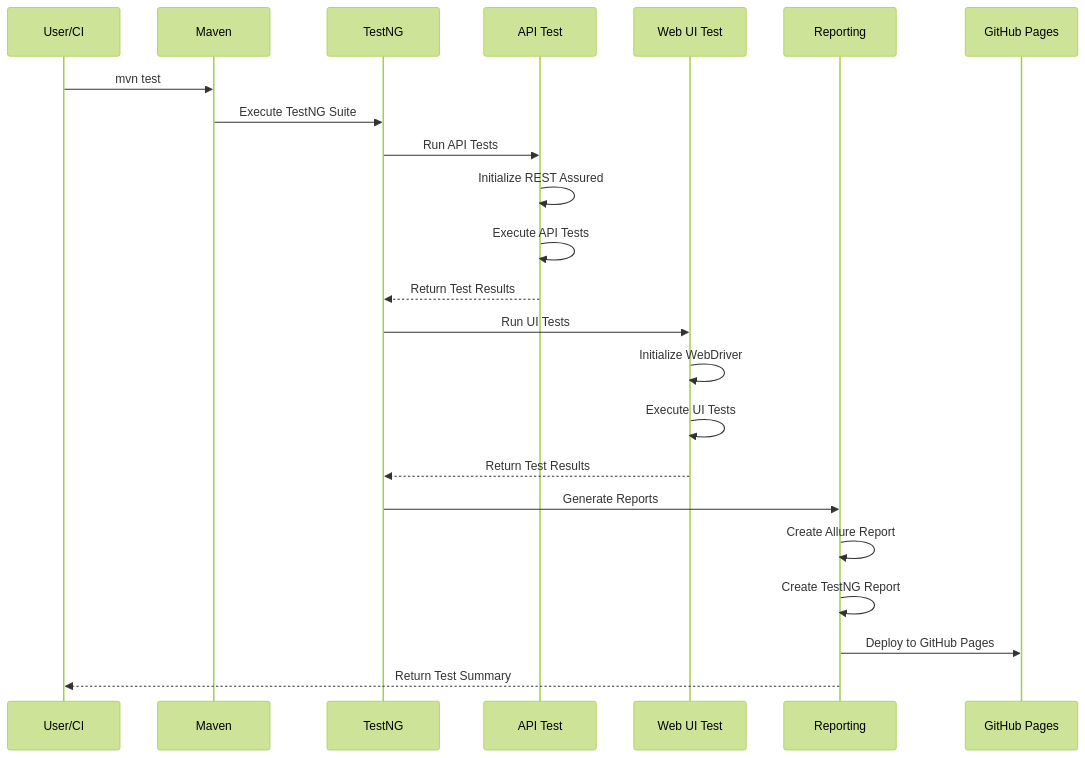
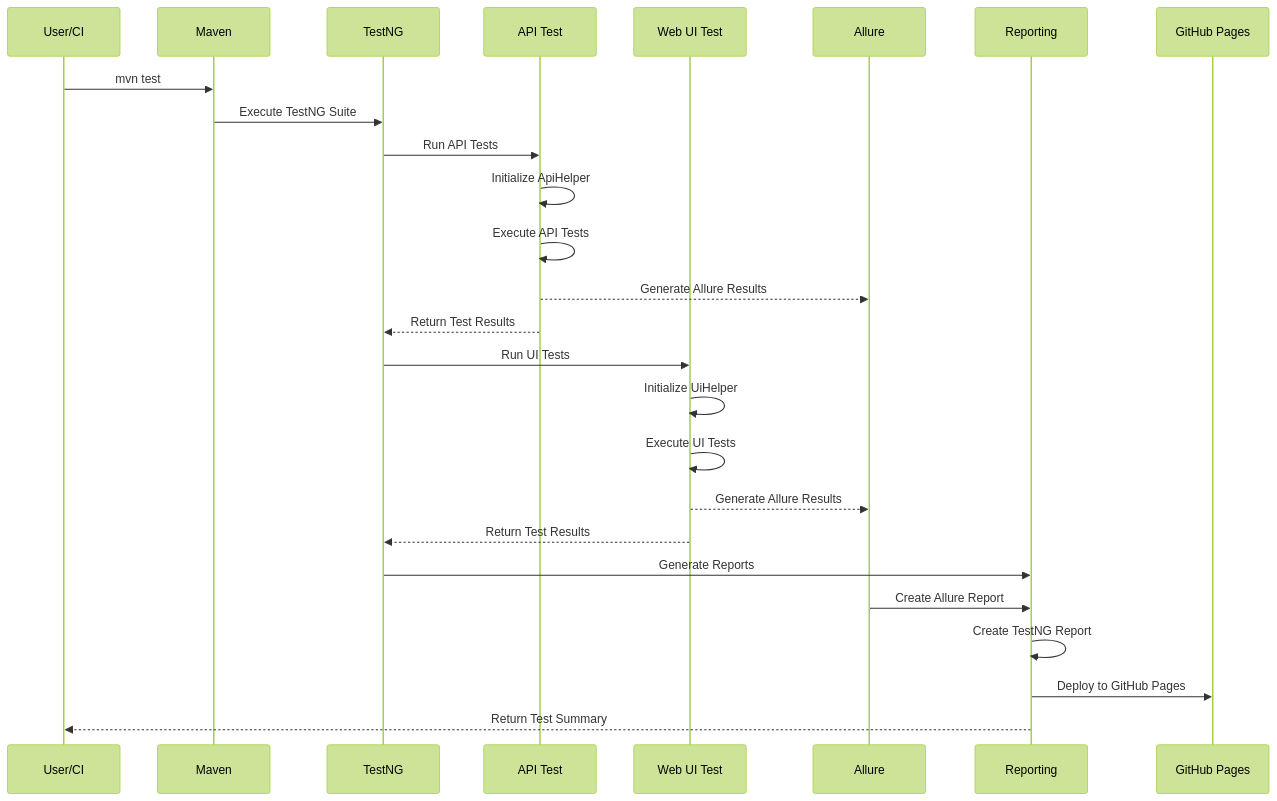
The second of 3 diagrams in README.md (azka-art/automation-testing-framework), drawn with Mermaid (forest theme) before and after one commit. The commit also changed other lines of this file and 3 other files, not shown here.

First line of the commit message:
fix: Allure report generation and documentation updates

````diff
--- a/README.md
+++ b/README.md
@@ -93,29 +98,32 @@
 ```mermaid
 sequenceDiagram
     participant U as User/CI
     participant M as Maven
     participant T as TestNG
     participant A as API Test
     participant W as Web UI Test
+    participant AL as Allure
     participant R as Reporting
     participant G as GitHub Pages
     
     U->>M: mvn test
     M->>T: Execute TestNG Suite
     
     T->>A: Run API Tests
-    A->>A: Initialize REST Assured
+    A->>A: Initialize ApiHelper
     A->>A: Execute API Tests
+    A-->>AL: Generate Allure Results
     A-->>T: Return Test Results
     
     T->>W: Run UI Tests
-    W->>W: Initialize WebDriver
+    W->>W: Initialize UiHelper
     W->>W: Execute UI Tests
+    W-->>AL: Generate Allure Results
     W-->>T: Return Test Results
     
     T->>R: Generate Reports
-    R->>R: Create Allure Report
+    AL->>R: Create Allure Report
     R->>R: Create TestNG Report
     R->>G: Deploy to GitHub Pages
     R-->>U: Return Test Summary
 ```
````
